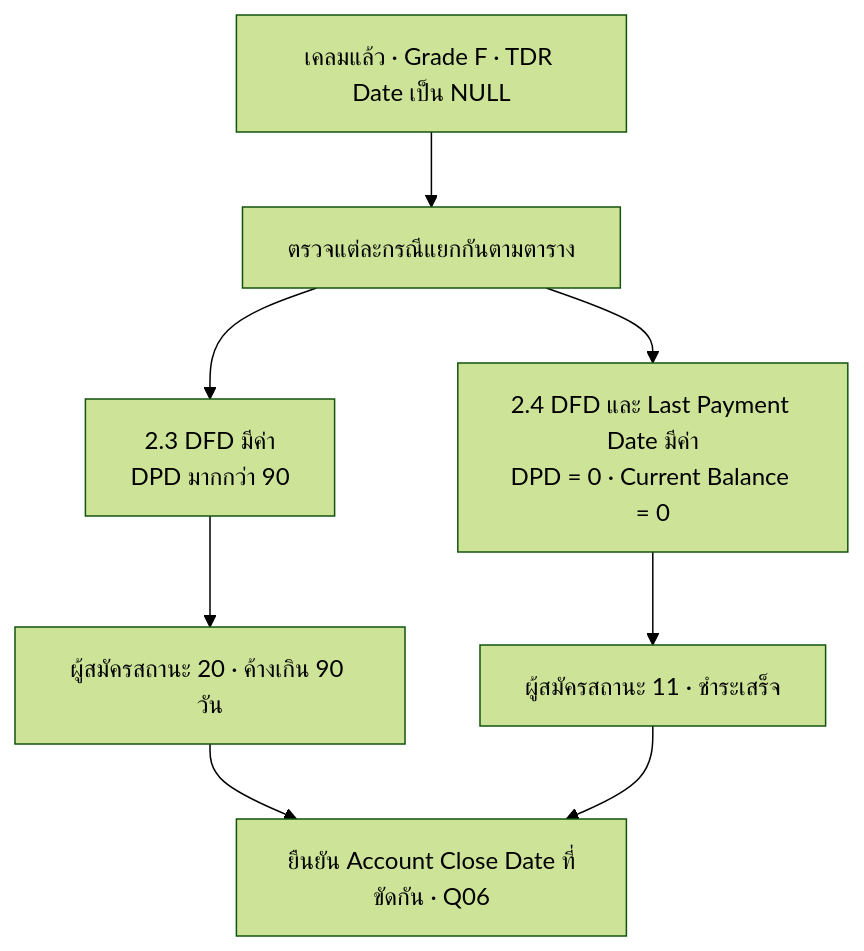
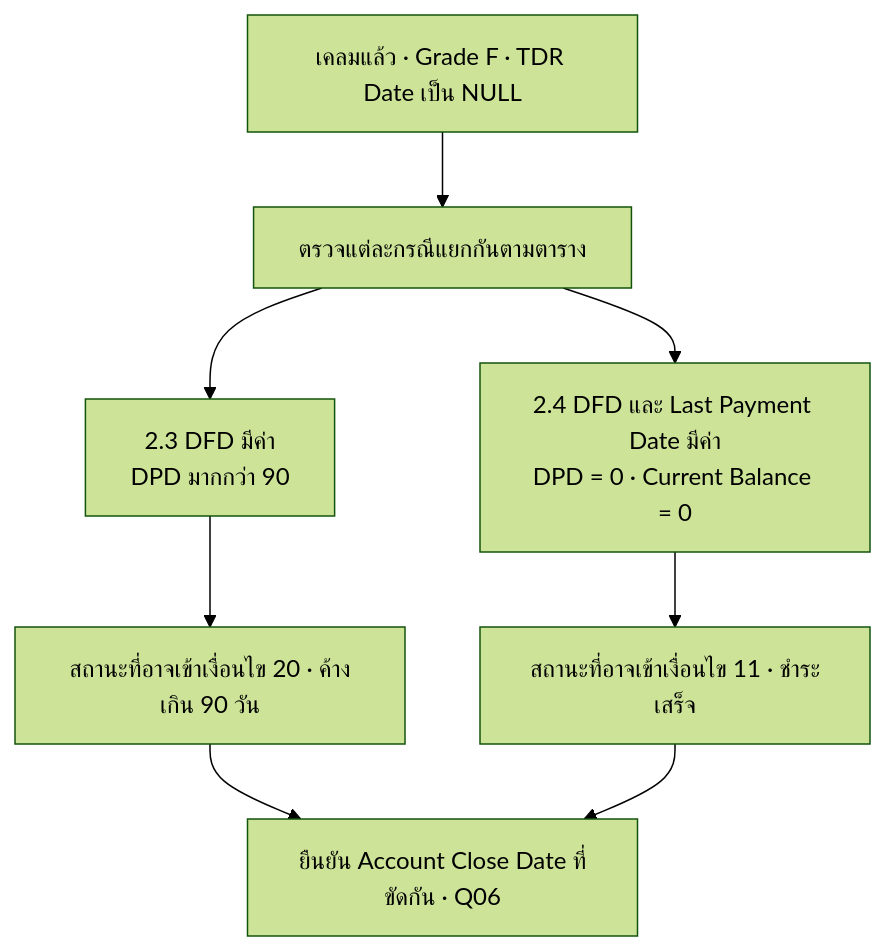
The third of 10 diagrams in app/account-status/page.mdx (yukasung/eodncb), drawn with Mermaid (forest theme) before and after one commit. The commit also changed other lines of this file and 12 other files, not shown here.

````diff
--- a/app/account-status/page.mdx
+++ b/app/account-status/page.mdx
@@ -142,10 +142,10 @@
 ```mermaid
 flowchart TD
     A[เคลมแล้ว · Grade F · TDR Date เป็น NULL] --> B[ตรวจแต่ละกรณีแยกกันตามตาราง]
     B --> C[2.3 DFD มีค่า<br/>DPD มากกว่า 90]
     B --> D[2.4 DFD และ Last Payment Date มีค่า<br/>DPD = 0 · Current Balance = 0]
-    C --> E[ผู้สมัครสถานะ 20 · ค้างเกิน 90 วัน]
-    D --> F[ผู้สมัครสถานะ 11 · ชำระเสร็จ]
+    C --> E[สถานะที่อาจเข้าเงื่อนไข 20 · ค้างเกิน 90 วัน]
+    D --> F[สถานะที่อาจเข้าเงื่อนไข 11 · ชำระเสร็จ]
     E --> Q[ยืนยัน Account Close Date ที่ขัดกัน · Q06]
     F --> Q
 ```
````
